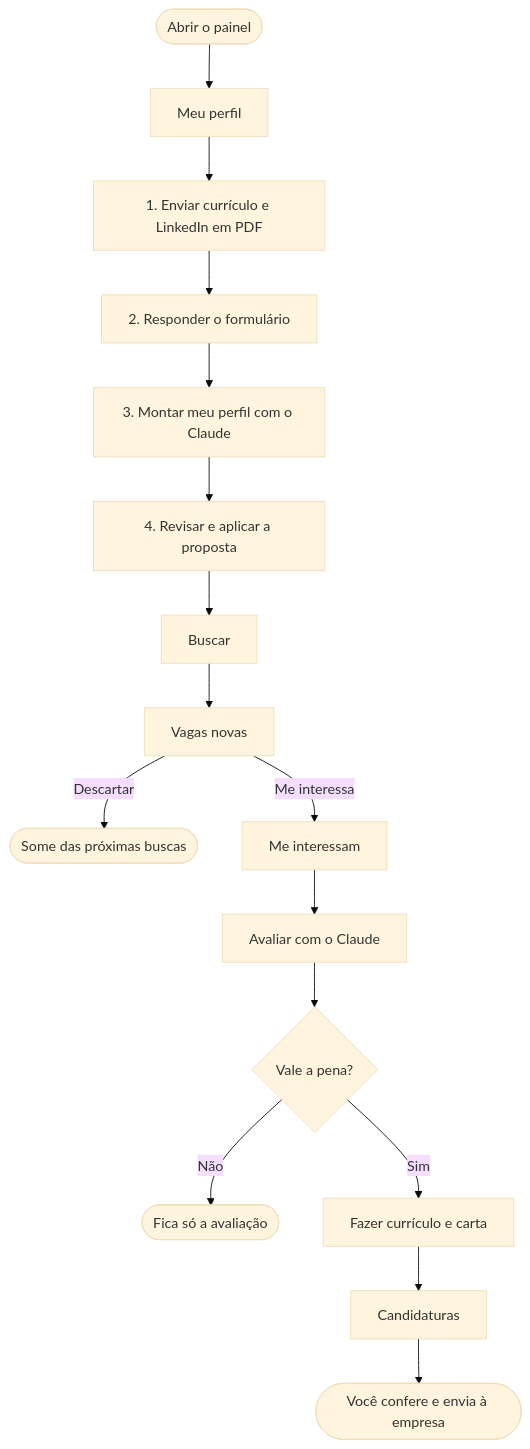
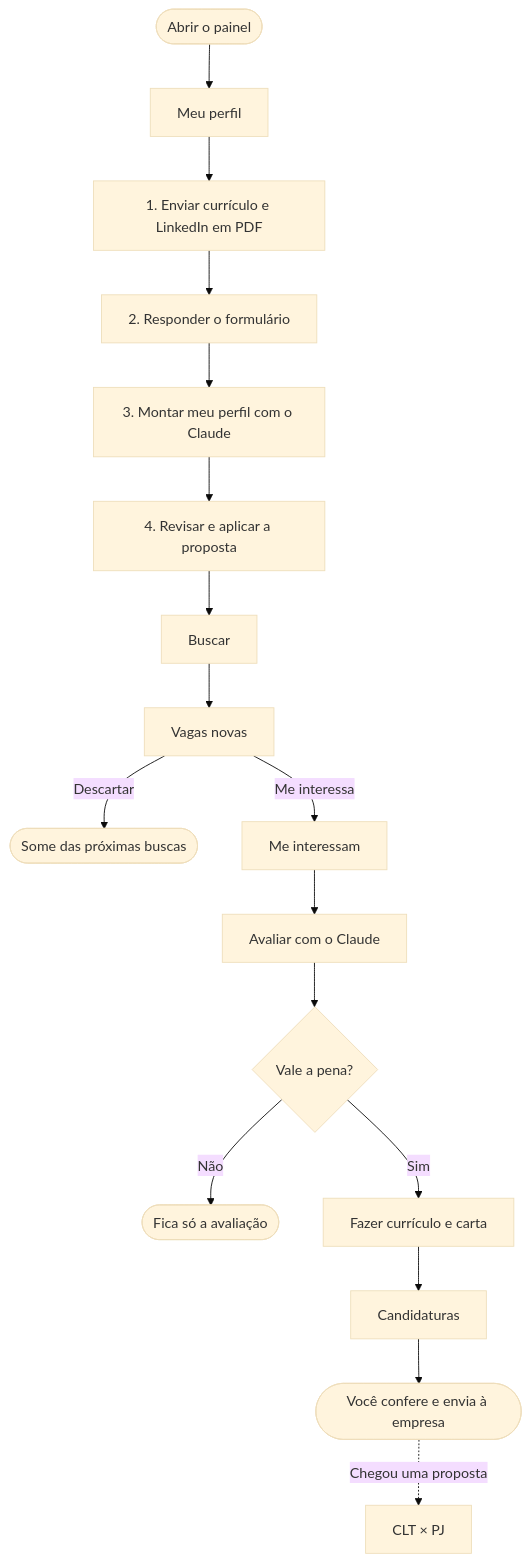
One commit to rosanapegasgodoy/job-pindorama changed the diagram in PAINEL.md. Above: the diagram before and after it, drawn with Mermaid (base theme). The commit also changed other lines of this file and 11 other files, not shown here.

````diff
--- a/PAINEL.md
+++ b/PAINEL.md
@@ -17,18 +17,19 @@
 ```mermaid
 flowchart TD
     A([Abrir o painel]) --> P[Meu perfil]
     P --> P1[1. Enviar currículo e LinkedIn em PDF]
     P1 --> P2[2. Responder o formulário]
     P2 --> P3[3. Montar meu perfil com o Claude]
     P3 --> P4[4. Revisar e aplicar a proposta]
     P4 --> B[Buscar]
     B --> V[Vagas novas]
     V -->|Descartar| X([Some das próximas buscas])
     V -->|Me interessa| I[Me interessam]
     I --> I1[Avaliar com o Claude]
     I1 --> D{Vale a pena?}
     D -->|Não| X2([Fica só a avaliação])
     D -->|Sim| I2[Fazer currículo e carta]
     I2 --> C[Candidaturas]
     C --> E([Você confere e envia à empresa])
+    E -.->|Chegou uma proposta| CP[CLT × PJ]
 ```
````
